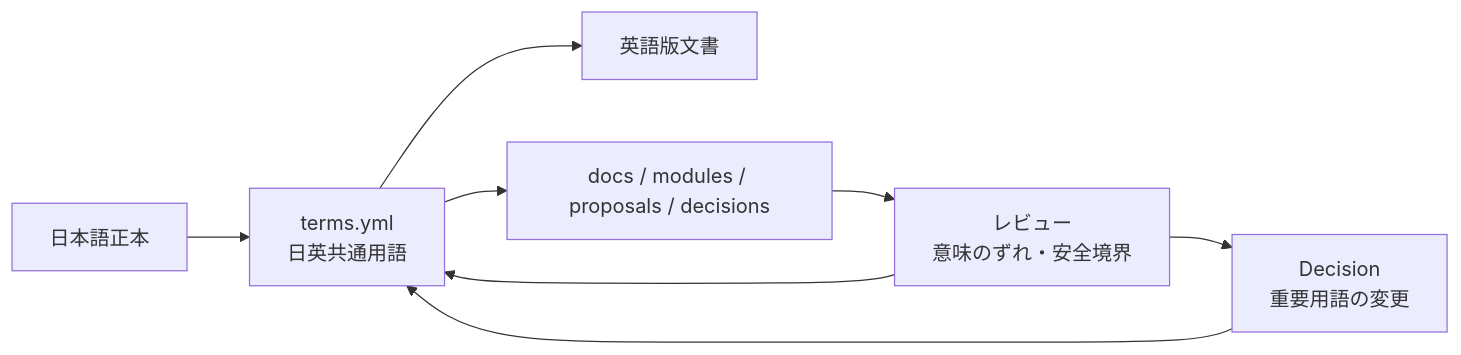
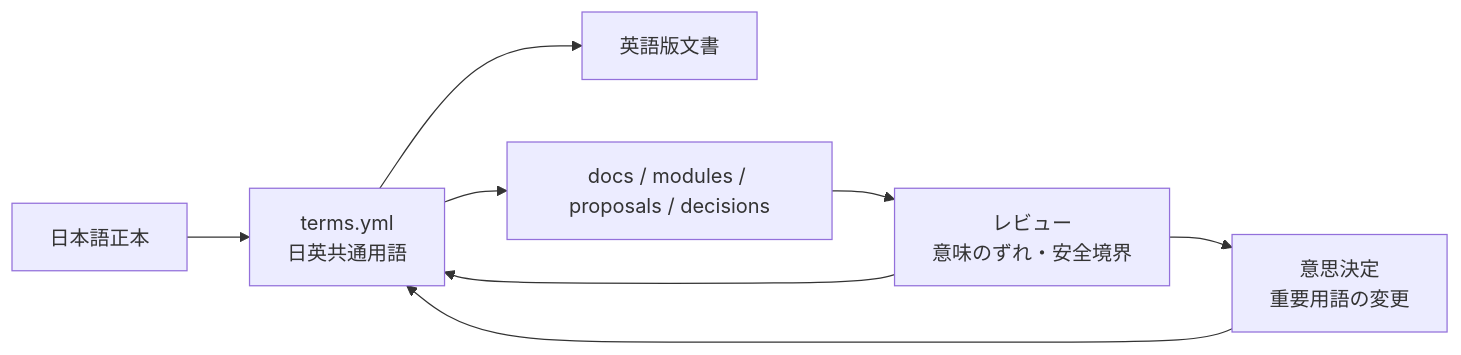
The diagram in glossary/README.md (acecore-systems/world-foundation), drawn with Mermaid before and after one commit. The commit also changed other lines of this file and 47 other files, not shown here.

````diff
--- a/glossary/README.md
+++ b/glossary/README.md
@@ -9,17 +9,17 @@
 ```mermaid
 flowchart LR
   JA["日本語正本"]
   Terms["terms.yml<br/>日英共通用語"]
   EN["英語版文書"]
   Docs["docs / modules / proposals / decisions"]
   Review["レビュー<br/>意味のずれ・安全境界"]
-  Decision["Decision<br/>重要用語の変更"]
+  意思決定["意思決定<br/>重要用語の変更"]
 
   JA --> Terms
   Terms --> EN
   Terms --> Docs
   Docs --> Review
   Review --> Terms
-  Review --> Decision
-  Decision --> Terms
+  Review --> 意思決定
+  意思決定 --> Terms
 ```
````
